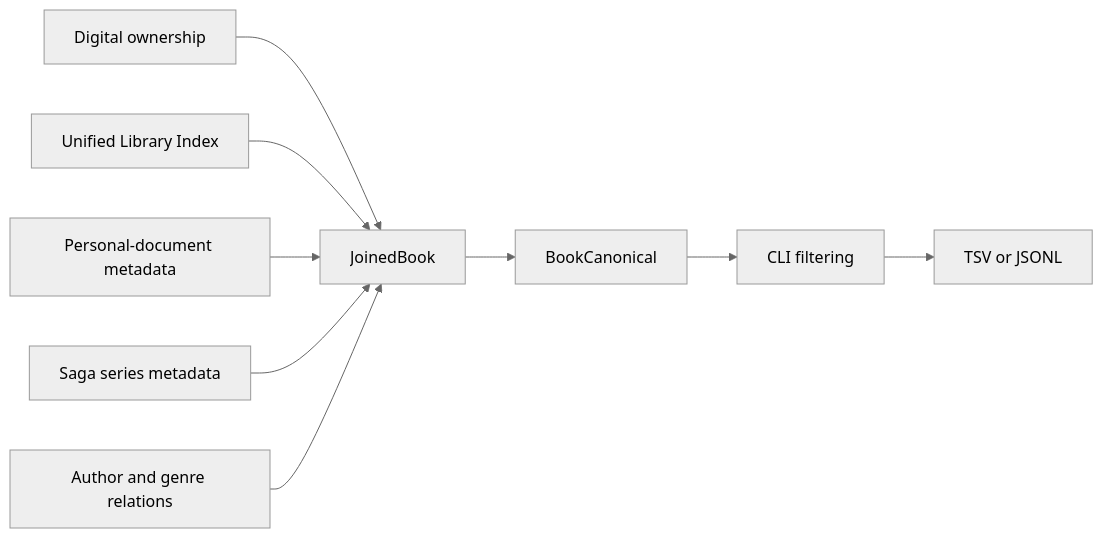
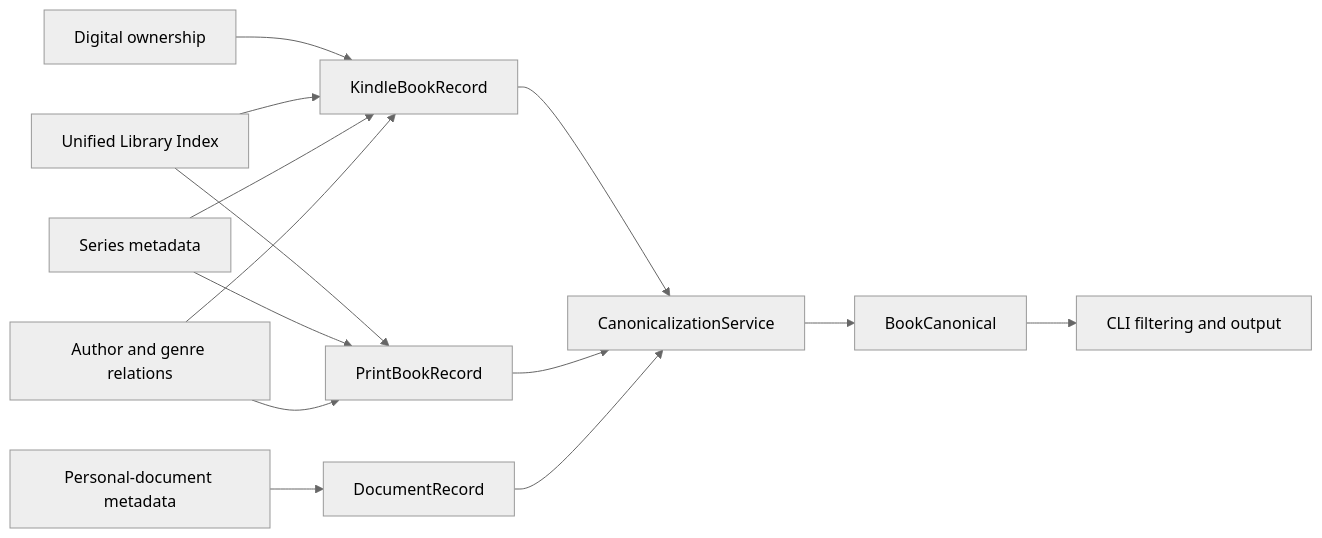
The diagram in docs/ER_DIAGRAM.md (jamert/kindle-export-explorer), drawn with Mermaid (neutral theme) before and after one commit. The commit also changed other lines of this file and 3 other files, not shown here.

````diff
--- a/docs/ER_DIAGRAM.md
+++ b/docs/ER_DIAGRAM.md
@@ -7,11 +7,16 @@
 ```mermaid
 flowchart LR
-    O[Digital ownership] --> J[JoinedBook]
-    U[Unified Library Index] --> J
-    D[Personal-document metadata] --> J
-    S[Saga series metadata] --> J
-    A[Author and genre relations] --> J
-    J --> C[BookCanonical]
-    C --> F[CLI filtering]
-    F --> T[TSV or JSONL]
+    O[Digital ownership] --> K[KindleBookRecord]
+    U[Unified Library Index] --> K
+    U --> P[PrintBookRecord]
+    D[Personal-document metadata] --> D2[DocumentRecord]
+    S[Series metadata] --> K
+    S --> P
+    A[Author and genre relations] --> K
+    A --> P
+    K --> C[CanonicalizationService]
+    P --> C
+    D2 --> C
+    C --> B[BookCanonical]
+    B --> F[CLI filtering and output]
 ```
````
